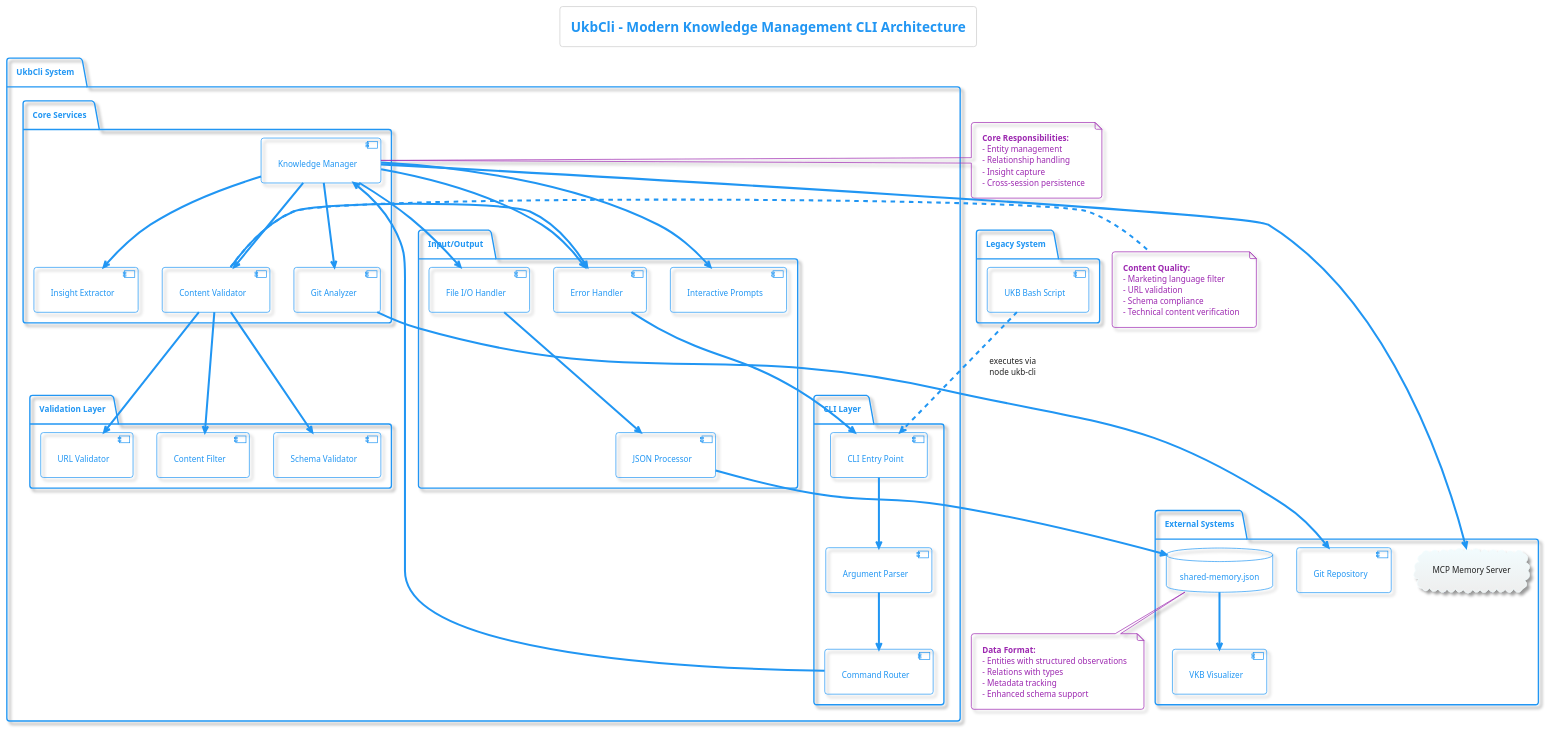
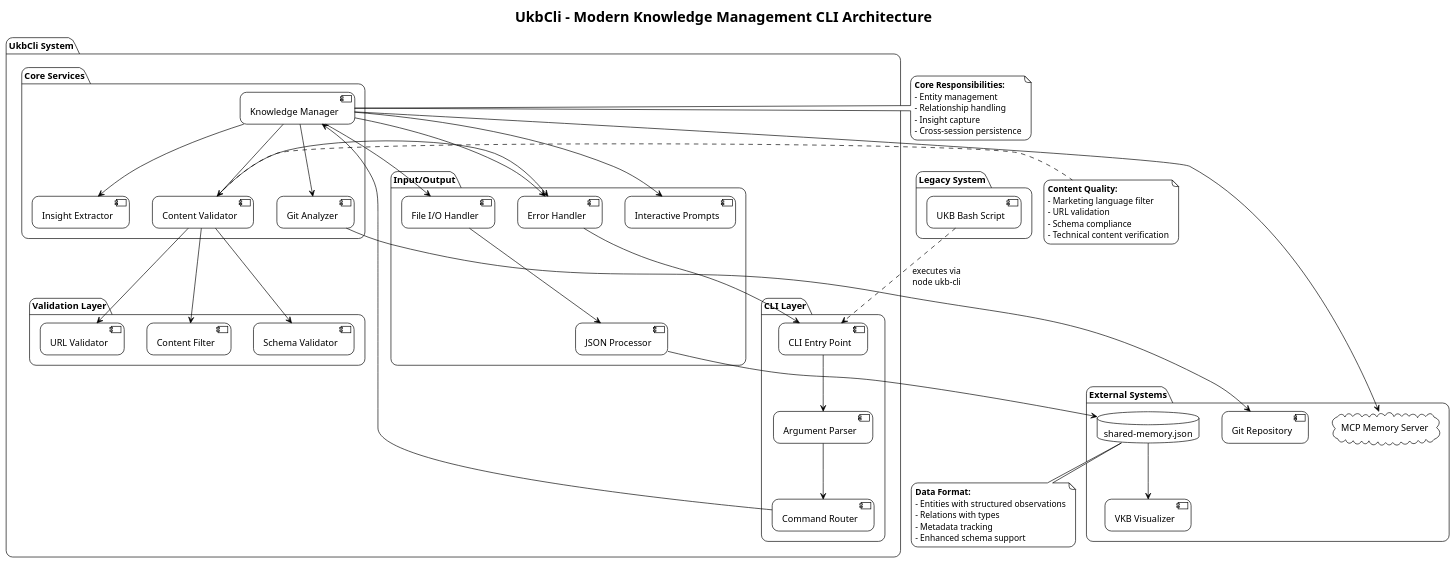
Before and after one commit to davidraehles/agentic-coding-framework: the diagram in knowledge-management/insights/puml/ukb-cli-architecture.puml, drawn with PlantUML. The commit also changed 17 other files, not shown here.

```diff
--- a/knowledge-management/insights/puml/ukb-cli-architecture.puml
+++ b/knowledge-management/insights/puml/ukb-cli-architecture.puml
@@ -1,103 +1,106 @@
 @startuml ukb-cli-architecture
-!theme materia-outline
+!theme plain
+skinparam backgroundColor white
+skinparam roundcorner 20
+skinparam shadowing false
 title UkbCli - Modern Knowledge Management CLI Architecture
 
 package "UkbCli System" {
   
   package "CLI Layer" {
     [CLI Entry Point] as cli
     [Argument Parser] as parser
     [Command Router] as router
   }
   
   package "Core Services" {
     [Knowledge Manager] as km
     [Git Analyzer] as git
     [Insight Extractor] as extractor
     [Content Validator] as validator
   }
   
   package "Input/Output" {
     [Interactive Prompts] as prompts
     [File I/O Handler] as fileio
     [JSON Processor] as json
     [Error Handler] as error
   }
   
   package "Validation Layer" {
     [URL Validator] as urlval
     [Content Filter] as filter
     [Schema Validator] as schema
   }
 }
 
 package "External Systems" {
   database "shared-memory.json" as memory
   cloud "MCP Memory Server" as mcp
   [Git Repository] as gitrepo
   [VKB Visualizer] as vkb
 }
 
 package "Legacy System" {
   [UKB Bash Script] as ukb_legacy
 }
 
 ' CLI Flow
 cli --> parser
 parser --> router
 router --> km
 
 ' Core Service Interactions
 km --> git
 km --> extractor
 km --> validator
 km --> prompts
 km --> fileio
 
 ' Validation Flow
 validator --> urlval
 validator --> filter
 validator --> schema
 
 ' Data Flow
 fileio --> json
 json --> memory
 km --> mcp
 memory --> vkb
 
 ' Git Integration
 git --> gitrepo
 
 ' Error Handling
 error --> cli
 km --> error
 validator --> error
 
 ' Legacy Integration
 ukb_legacy ..> cli : "executes via\nnode ukb-cli"
 
 note right of km
   **Core Responsibilities:**
   - Entity management
   - Relationship handling
   - Insight capture
   - Cross-session persistence
 end note
 
 note right of validator
   **Content Quality:**
   - Marketing language filter
   - URL validation
   - Schema compliance
   - Technical content verification
 end note
 
 note bottom of memory
   **Data Format:**
   - Entities with structured observations
   - Relations with types
   - Metadata tracking
   - Enhanced schema support
 end note
 
 @enduml
```
